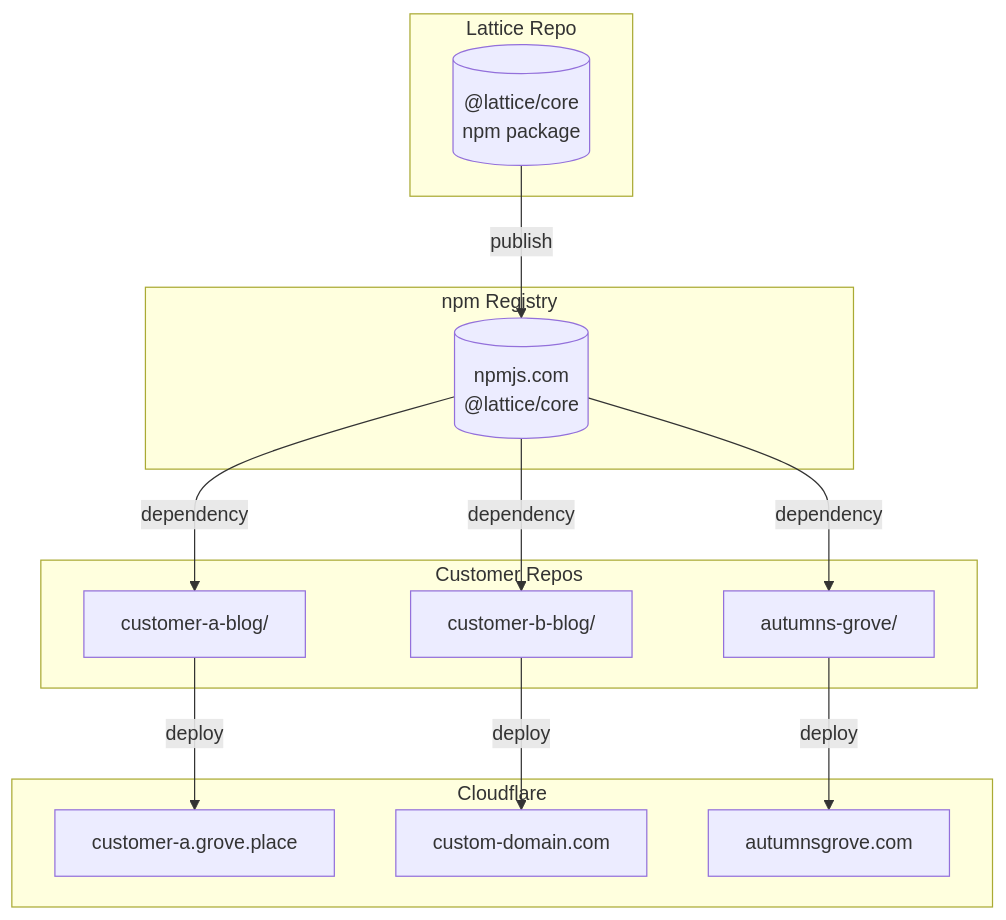
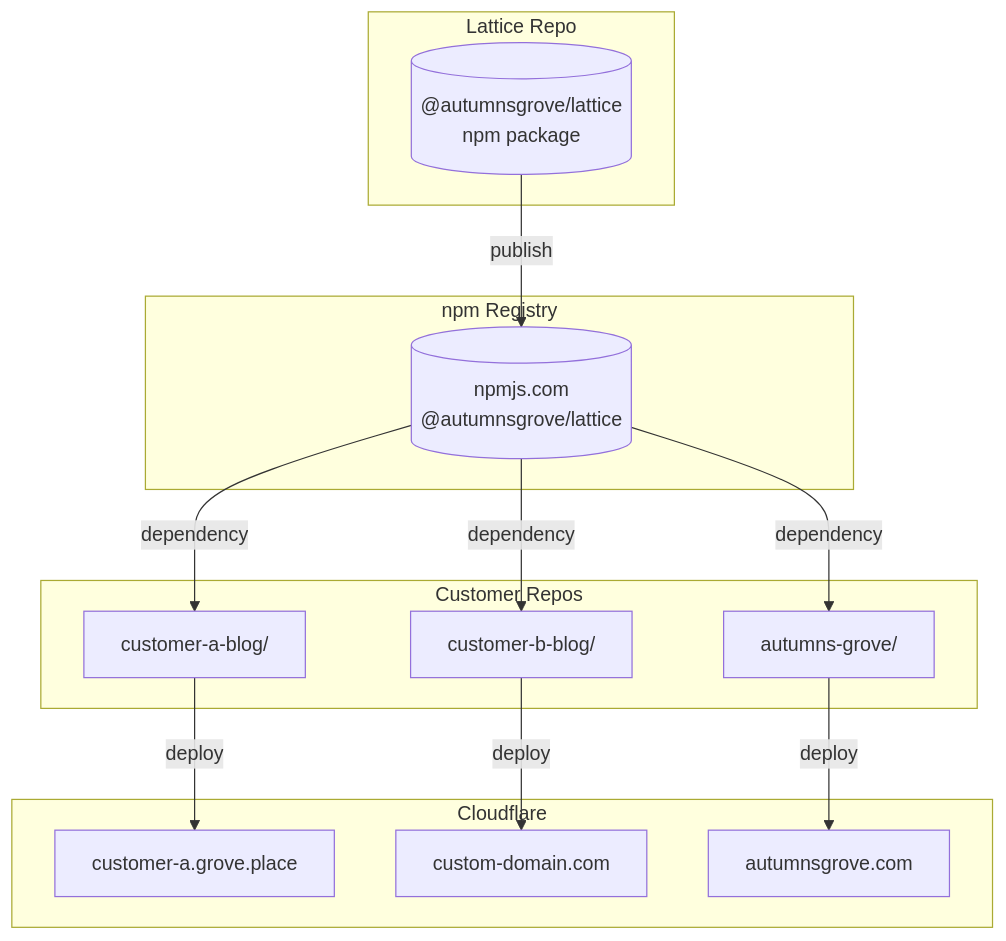
Before and after one commit to AutumnsGrove/Lattice: the first of 2 diagrams in docs/specs/engine-spec.md, drawn with Mermaid. The commit also changed other lines of this file and 2 other files, not shown here.

First line of the commit message:
docs: replace @lattice/core references in remaining specs

````diff
--- a/docs/specs/engine-spec.md
+++ b/docs/specs/engine-spec.md
@@ -104,30 +104,30 @@
 ```mermaid
 graph TB
     subgraph "Lattice Repo"
-        ENGINE[("@lattice/core<br/>npm package")]
+        ENGINE[("@autumnsgrove/lattice<br/>npm package")]
     end
 
     subgraph "npm Registry"
-        NPM[("npmjs.com<br/>@lattice/core")]
+        NPM[("npmjs.com<br/>@autumnsgrove/lattice")]
     end
 
     subgraph "Customer Repos"
         CUST1["customer-a-blog/"]
         CUST2["customer-b-blog/"]
         CUST3["autumns-grove/"]
     end
 
     subgraph "Cloudflare"
         CF1["customer-a.grove.place"]
         CF2["custom-domain.com"]
         CF3["autumnsgrove.com"]
     end
 
     ENGINE -->|publish| NPM
     NPM -->|dependency| CUST1
     NPM -->|dependency| CUST2
     NPM -->|dependency| CUST3
     CUST1 -->|deploy| CF1
     CUST2 -->|deploy| CF2
     CUST3 -->|deploy| CF3
 ```
````
